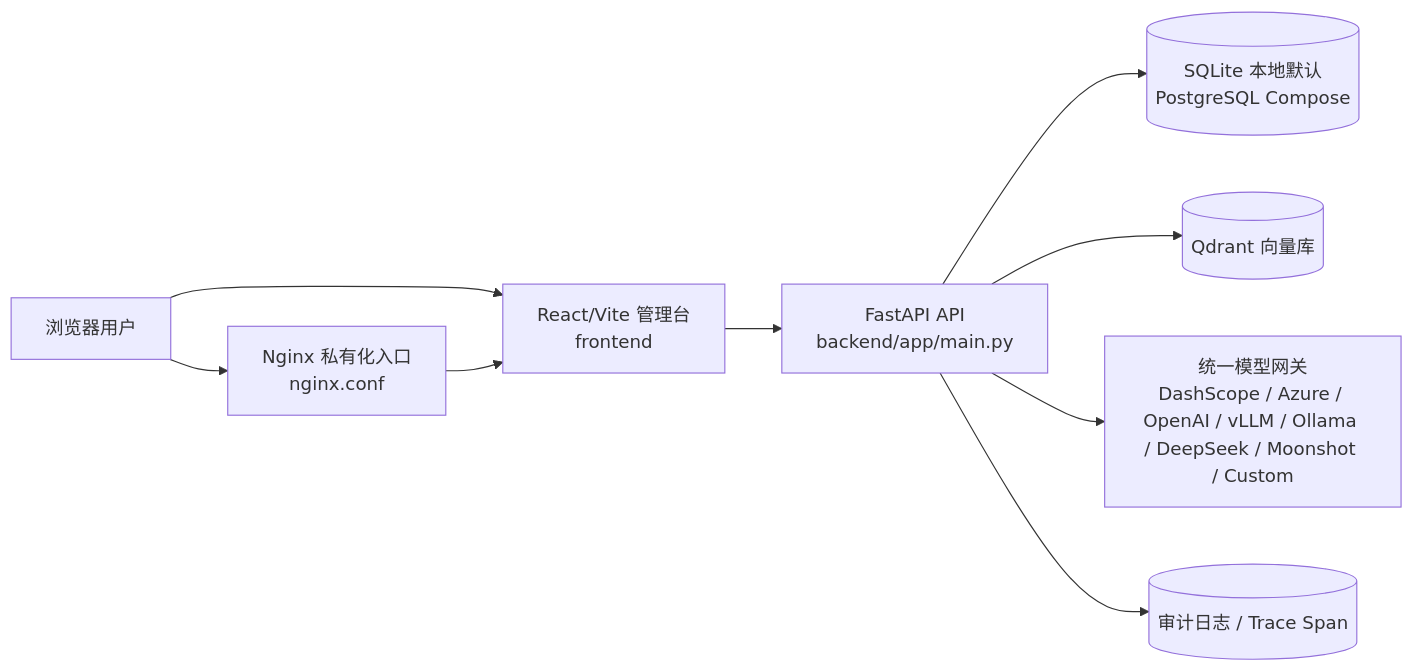
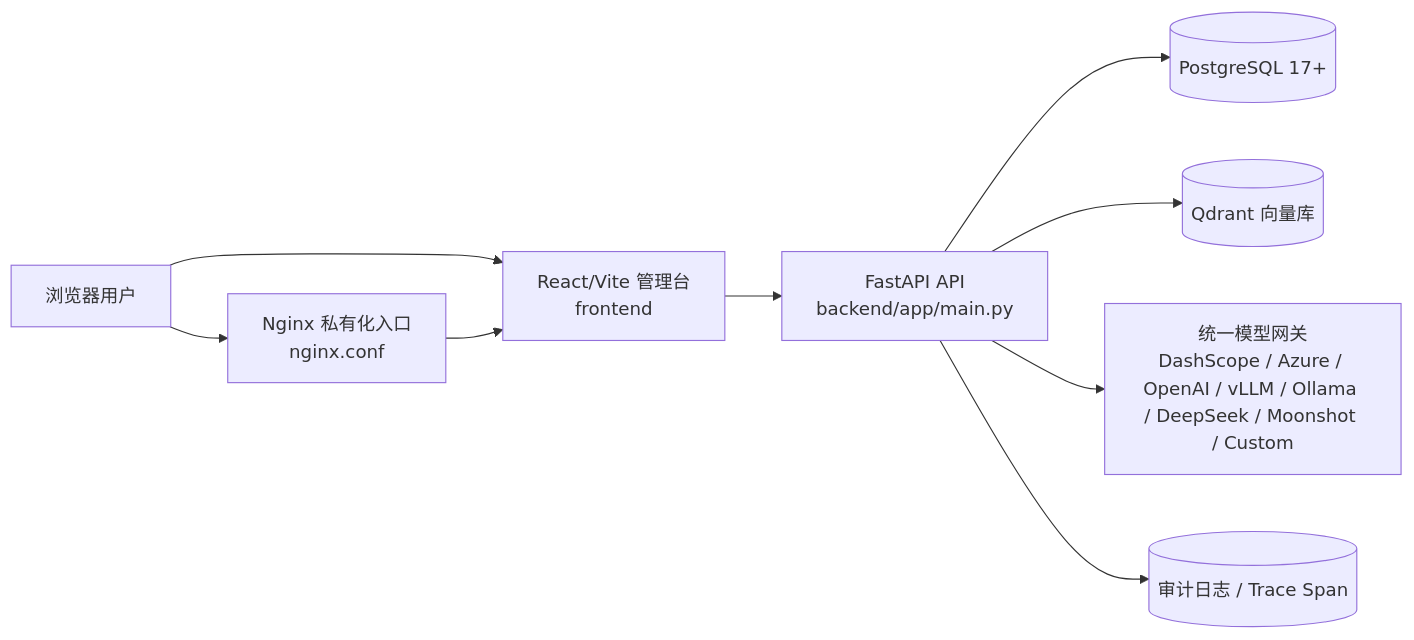
Before and after one commit to YuSec2021/material-platform: the diagram in README.md, drawn with Mermaid. The commit also changed other lines of this file and 66 other files, not shown here.

Commit message:
feat: finalize PostgreSQL catalog and material workflows

````diff
--- a/README.md
+++ b/README.md
@@ -18,11 +18,11 @@
 ```mermaid
 flowchart LR
     User["浏览器用户"] --> ReactUI["React/Vite 管理台<br/>frontend"]
     User --> Nginx["Nginx 私有化入口<br/>nginx.conf"]
     Nginx --> ReactUI
     ReactUI --> API["FastAPI API<br/>backend/app/main.py"]
-    API --> DB[("SQLite 本地默认<br/>PostgreSQL Compose")]
+    API --> DB[("PostgreSQL 17+")]
     API --> Qdrant[("Qdrant 向量库")]
     API --> LLM["统一模型网关<br/>DashScope / Azure / OpenAI / vLLM / Ollama / DeepSeek / Moonshot / Custom"]
     API --> Audit[("审计日志 / Trace Span")]
 ```
````
